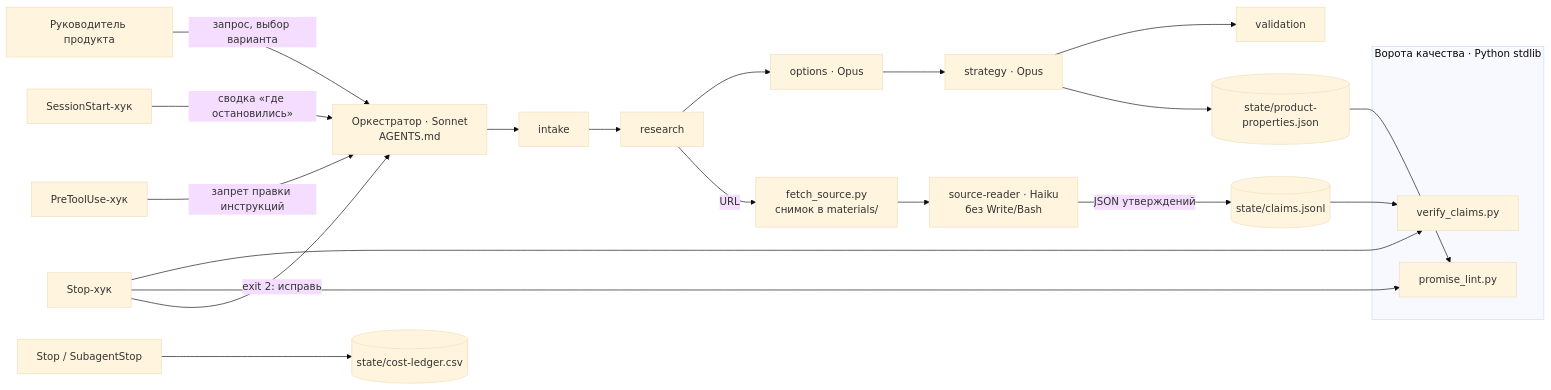
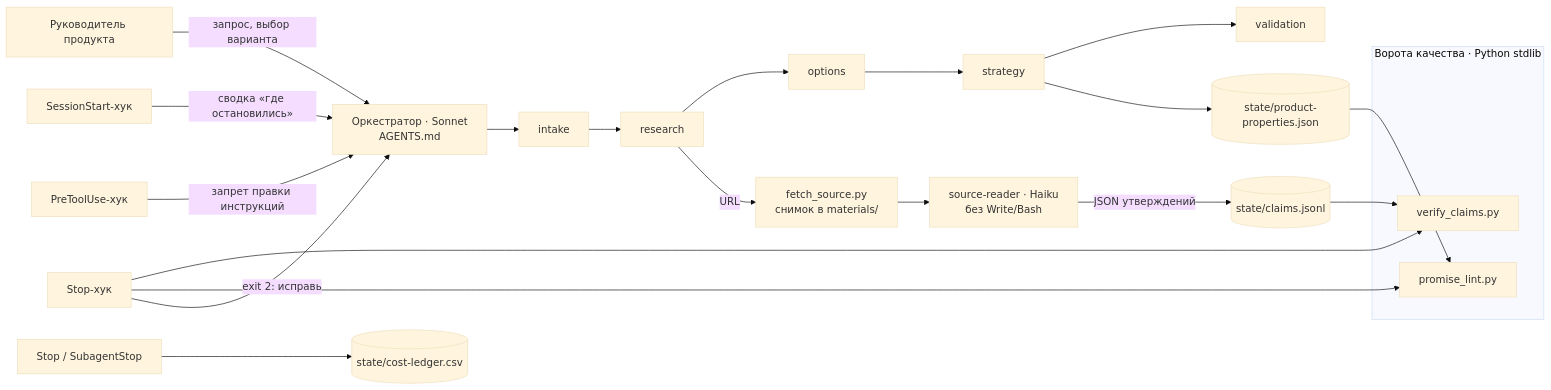
Before and after one commit to DverkuOff/product-strategist-agent: the diagram in README.md, drawn with Mermaid (base theme). The commit also changed other lines of this file, not shown here.

Commit message:
README: основной демо-проект — demo-svyaz-v2 во всех местах; у этапов options и strategy не обещаем Opus (см. «Границы»)

````diff
--- a/README.md
+++ b/README.md
@@ -131,20 +131,20 @@
 ```mermaid
 flowchart LR
   U[Руководитель продукта] -->|запрос, выбор варианта| O[Оркестратор · Sonnet<br/>AGENTS.md]
-  O --> S1[intake] --> S2[research] --> S3[options · Opus] --> S4[strategy · Opus] --> S5[validation]
+  O --> S1[intake] --> S2[research] --> S3[options] --> S4[strategy] --> S5[validation]
   S2 -->|URL| F[fetch_source.py<br/>снимок в materials/]
   F --> R[source-reader · Haiku<br/>без Write/Bash]
   R -->|JSON утверждений| C[(state/claims.jsonl)]
   S4 --> P[(state/product-properties.json)]
   subgraph G[Ворота качества · Python stdlib]
     V[verify_claims.py]
     L[promise_lint.py]
   end
   C --> V
   P --> L
   H1[Stop-хук] --> V & L
   H1 -->|exit 2: исправь| O
   H2[SessionStart-хук] -->|сводка «где остановились»| O
   H3[PreToolUse-хук] -->|запрет правки инструкций| O
   H4[Stop / SubagentStop] --> K[(state/cost-ledger.csv)]
 ```
````
